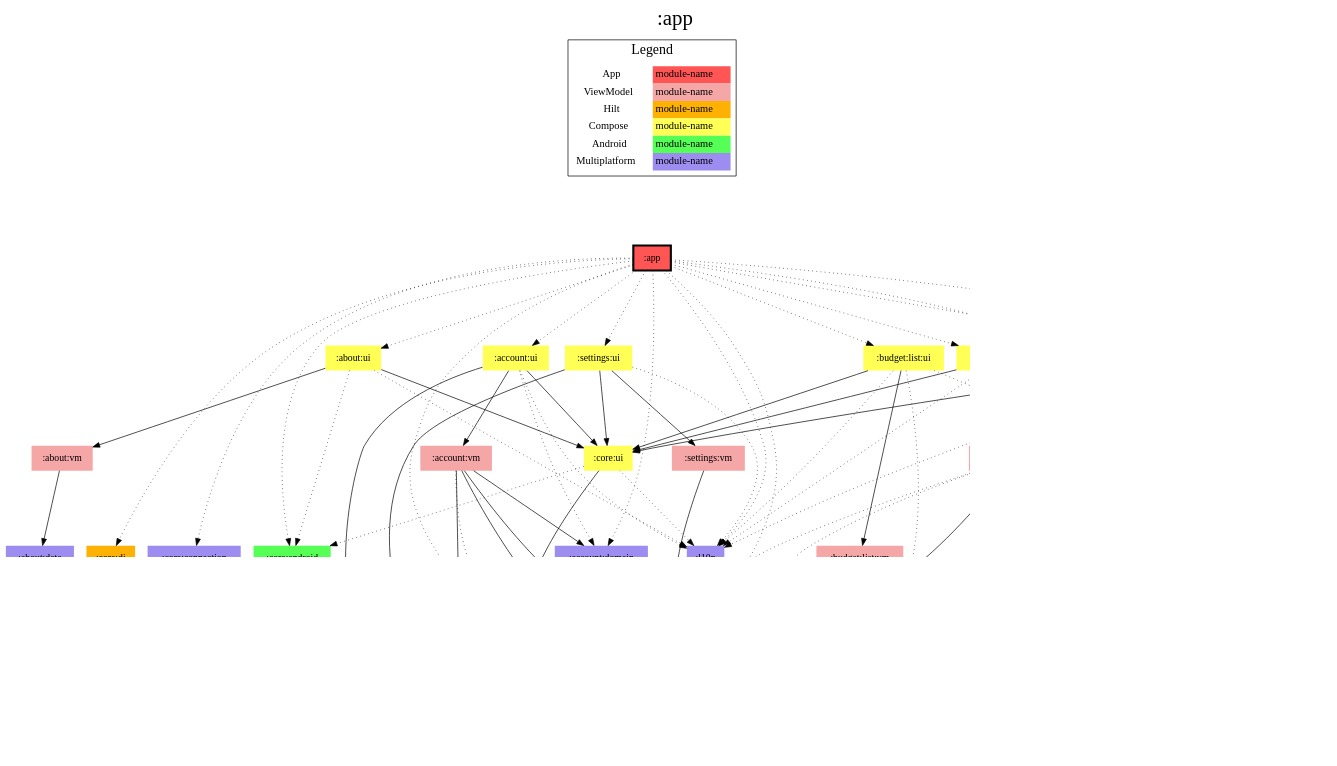
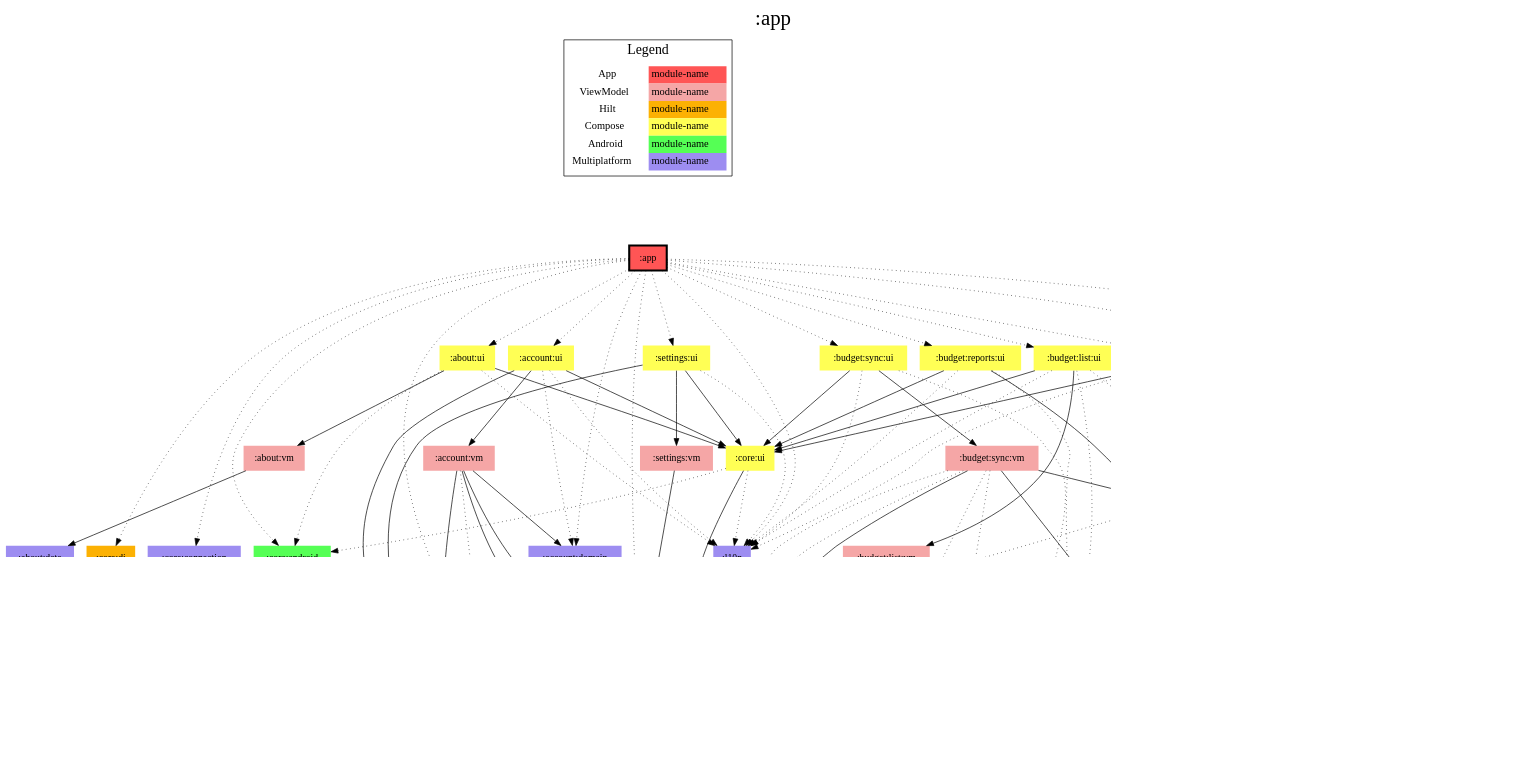
The diagram in app/modules.dot (jonapoul/aktual), drawn with Graphviz before and after one commit. The commit also changed 45 other files, not shown here.

```diff
--- a/app/modules.dot
+++ b/app/modules.dot
@@ -1,153 +1,162 @@
 digraph {
 edge ["dir"="forward"]
 graph ["dpi"="100","label"=":app","labelloc"="t","fontsize"="30","ranksep"="1.5","rankdir"="TB"]
 node ["style"="filled"]
 ":about:data" ["fillcolor"="#9D8DF1","shape"="none"]
 ":about:ui" ["fillcolor"="#FFFF55","shape"="none"]
 ":about:vm" ["fillcolor"="#F5A6A6","shape"="none"]
 ":account:domain" ["fillcolor"="#9D8DF1","shape"="none"]
 ":account:model" ["fillcolor"="#9D8DF1","shape"="none"]
 ":account:ui" ["fillcolor"="#FFFF55","shape"="none"]
 ":account:vm" ["fillcolor"="#F5A6A6","shape"="none"]
 ":api:actual" ["fillcolor"="#9D8DF1","shape"="none"]
 ":api:builder" ["fillcolor"="#9D8DF1","shape"="none"]
 ":api:github" ["fillcolor"="#9D8DF1","shape"="none"]
 ":app" ["fillcolor"="#FF5555","color"="black","penwidth"="3","shape"="box"]
 ":budget:data" ["fillcolor"="#9D8DF1","shape"="none"]
 ":budget:di" ["fillcolor"="#FCB103","shape"="none"]
 ":budget:encryption" ["fillcolor"="#9D8DF1","shape"="none"]
 ":budget:list:ui" ["fillcolor"="#FFFF55","shape"="none"]
 ":budget:list:vm" ["fillcolor"="#F5A6A6","shape"="none"]
 ":budget:model" ["fillcolor"="#9D8DF1","shape"="none"]
+":budget:reports:ui" ["fillcolor"="#FFFF55","shape"="none"]
+":budget:reports:vm" ["fillcolor"="#F5A6A6","shape"="none"]
 ":budget:sync:ui" ["fillcolor"="#FFFF55","shape"="none"]
 ":budget:sync:vm" ["fillcolor"="#F5A6A6","shape"="none"]
 ":budget:transactions:ui" ["fillcolor"="#FFFF55","shape"="none"]
 ":budget:transactions:vm" ["fillcolor"="#F5A6A6","shape"="none"]
 ":codegen:annotation" ["fillcolor"="#9D8DF1","shape"="none"]
 ":core:android" ["fillcolor"="#55FF55","shape"="none"]
 ":core:connection" ["fillcolor"="#9D8DF1","shape"="none"]
 ":core:di" ["fillcolor"="#FCB103","shape"="none"]
 ":core:model" ["fillcolor"="#9D8DF1","shape"="none"]
 ":core:ui" ["fillcolor"="#FFFF55","shape"="none"]
 ":l10n" ["fillcolor"="#9D8DF1","shape"="none"]
 ":logging" ["fillcolor"="#9D8DF1","shape"="none"]
 ":prefs" ["fillcolor"="#9D8DF1","shape"="none"]
 ":settings:ui" ["fillcolor"="#FFFF55","shape"="none"]
 ":settings:vm" ["fillcolor"="#F5A6A6","shape"="none"]
 {
 edge ["dir"="none"]
 graph ["rank"="same"]
 ":app"
 }
 ":about:data" -> ":api:github"
 ":about:ui" -> ":about:vm"
 ":about:ui" -> ":core:android" ["style"="dotted"]
 ":about:ui" -> ":core:ui"
 ":about:ui" -> ":l10n" ["style"="dotted"]
 ":about:vm" -> ":about:data"
 ":account:domain" -> ":account:model"
 ":account:domain" -> ":api:actual" ["style"="dotted"]
 ":account:domain" -> ":prefs" ["style"="dotted"]
 ":account:ui" -> ":account:domain" ["style"="dotted"]
 ":account:ui" -> ":account:vm"
 ":account:ui" -> ":core:model"
 ":account:ui" -> ":core:ui"
 ":account:ui" -> ":l10n" ["style"="dotted"]
 ":account:vm" -> ":account:domain"
 ":account:vm" -> ":account:model"
 ":account:vm" -> ":api:actual" ["style"="dotted"]
 ":account:vm" -> ":core:model"
 ":account:vm" -> ":prefs"
 ":api:actual" -> ":account:model"
 ":api:actual" -> ":budget:model"
 ":api:actual" -> ":codegen:annotation" ["style"="dotted"]
 ":api:actual" -> ":core:model"
 ":api:builder" -> ":core:model"
 ":api:github" -> ":codegen:annotation" ["style"="dotted"]
 ":api:github" -> ":core:model"
 ":app" -> ":about:ui" ["style"="dotted"]
 ":app" -> ":account:domain" ["style"="dotted"]
 ":app" -> ":account:ui" ["style"="dotted"]
 ":app" -> ":api:actual" ["style"="dotted"]
 ":app" -> ":budget:di" ["style"="dotted"]
 ":app" -> ":budget:list:ui" ["style"="dotted"]
+":app" -> ":budget:reports:ui" ["style"="dotted"]
 ":app" -> ":budget:sync:ui" ["style"="dotted"]
 ":app" -> ":budget:transactions:ui" ["style"="dotted"]
 ":app" -> ":core:android" ["style"="dotted"]
 ":app" -> ":core:connection" ["style"="dotted"]
 ":app" -> ":core:di" ["style"="dotted"]
 ":app" -> ":l10n" ["style"="dotted"]
 ":app" -> ":logging" ["style"="dotted"]
 ":app" -> ":prefs" ["style"="dotted"]
 ":app" -> ":settings:ui" ["style"="dotted"]
 ":budget:data" -> ":budget:model"
 ":budget:data" -> ":core:model"
 ":budget:di" -> ":budget:data"
 ":budget:encryption" -> ":account:model"
 ":budget:encryption" -> ":budget:model"
 ":budget:encryption" -> ":core:model"
 ":budget:list:ui" -> ":account:model" ["style"="dotted"]
 ":budget:list:ui" -> ":budget:list:vm"
 ":budget:list:ui" -> ":budget:model" ["style"="dotted"]
 ":budget:list:ui" -> ":core:ui"
 ":budget:list:ui" -> ":l10n" ["style"="dotted"]
 ":budget:list:vm" -> ":account:model" ["style"="dotted"]
 ":budget:list:vm" -> ":api:actual" ["style"="dotted"]
 ":budget:list:vm" -> ":budget:model"
 ":budget:list:vm" -> ":core:model"
 ":budget:list:vm" -> ":prefs" ["style"="dotted"]
+":budget:reports:ui" -> ":account:model" ["style"="dotted"]
+":budget:reports:ui" -> ":budget:reports:vm"
+":budget:reports:ui" -> ":core:ui"
+":budget:reports:ui" -> ":l10n" ["style"="dotted"]
+":budget:reports:vm" -> ":account:model"
+":budget:reports:vm" -> ":budget:model"
 ":budget:sync:ui" -> ":account:model" ["style"="dotted"]
 ":budget:sync:ui" -> ":budget:sync:vm"
 ":budget:sync:ui" -> ":core:ui"
 ":budget:sync:ui" -> ":l10n" ["style"="dotted"]
 ":budget:sync:vm" -> ":account:model" ["style"="dotted"]
 ":budget:sync:vm" -> ":api:actual" ["style"="dotted"]
 ":budget:sync:vm" -> ":budget:di"
 ":budget:sync:vm" -> ":budget:encryption" ["style"="dotted"]
 ":budget:sync:vm" -> ":budget:model"
 ":budget:sync:vm" -> ":core:model"
 ":budget:sync:vm" -> ":prefs" ["style"="dotted"]
 ":budget:transactions:ui" -> ":account:model" ["style"="dotted"]
 ":budget:transactions:ui" -> ":budget:model"
 ":budget:transactions:ui" -> ":budget:transactions:vm"
 ":budget:transactions:ui" -> ":core:ui"
 ":budget:transactions:ui" -> ":l10n" ["style"="dotted"]
 ":budget:transactions:vm" -> ":account:model" ["style"="dotted"]
 ":budget:transactions:vm" -> ":budget:data"
 ":budget:transactions:vm" -> ":budget:di" ["style"="dotted"]
 ":budget:transactions:vm" -> ":budget:model"
 ":budget:transactions:vm" -> ":prefs" ["style"="dotted"]
 ":core:connection" -> ":api:actual" ["style"="dotted"]
 ":core:connection" -> ":api:builder" ["style"="dotted"]
 ":core:connection" -> ":core:model" ["style"="dotted"]
 ":core:connection" -> ":prefs" ["style"="dotted"]
 ":core:di" -> ":api:builder" ["style"="dotted"]
 ":core:di" -> ":api:github"
 ":core:di" -> ":budget:model"
 ":core:di" -> ":core:model"
 ":core:di" -> ":prefs"
 ":core:ui" -> ":core:android" ["style"="dotted"]
 ":core:ui" -> ":core:model"
 ":core:ui" -> ":l10n" ["style"="dotted"]
 ":prefs" -> ":account:model"
 ":prefs" -> ":core:model"
 ":settings:ui" -> ":core:model"
 ":settings:ui" -> ":core:ui"
 ":settings:ui" -> ":l10n" ["style"="dotted"]
 ":settings:ui" -> ":settings:vm"
 ":settings:vm" -> ":prefs"
 subgraph "cluster_legend" {
 edge ["dir"="none"]
 graph ["label"="Legend","fontsize"="20"]
 "Legend" ["style"="filled","fillcolor"="#FFFFFF","shape"="none","margin"="0","fontsize"="15","label"=<
 <TABLE BORDER="0" CELLBORDER="0" CELLSPACING="0" CELLPADDING="4">
 <TR><TD>App</TD><TD BGCOLOR="#FF5555">module-name</TD></TR>
 <TR><TD>ViewModel</TD><TD BGCOLOR="#F5A6A6">module-name</TD></TR>
 <TR><TD>Hilt</TD><TD BGCOLOR="#FCB103">module-name</TD></TR>
 <TR><TD>Compose</TD><TD BGCOLOR="#FFFF55">module-name</TD></TR>
 <TR><TD>Android</TD><TD BGCOLOR="#55FF55">module-name</TD></TR>
 <TR><TD>Multiplatform</TD><TD BGCOLOR="#9D8DF1">module-name</TD></TR>
 </TABLE>
 >]
 } -> ":app" ["style"="invis"]
 }
```
